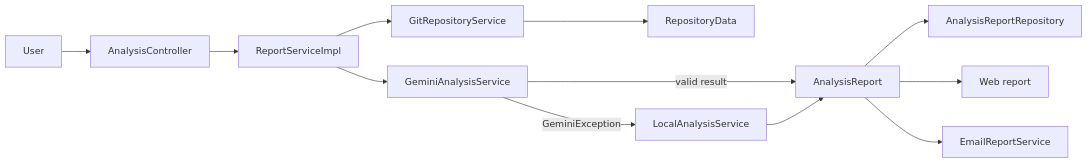
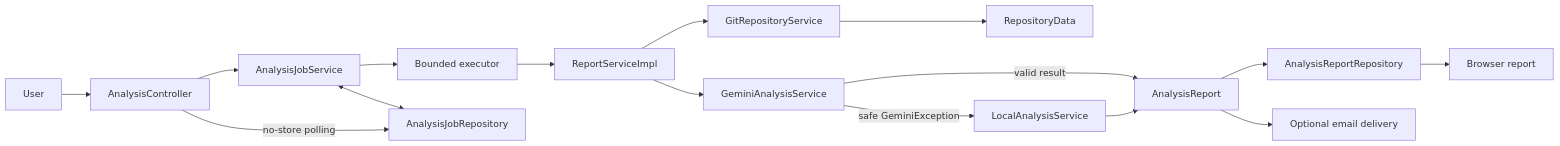
The first of 3 diagrams in docs/Architecture.md (AndrejT03/git-contribution-analyzer), drawn with Mermaid before and after one commit. The commit also changed other lines of this file and 29 other files, not shown here.

````diff
--- a/docs/Architecture.md
+++ b/docs/Architecture.md
@@ -7,14 +7,18 @@
 ```mermaid
 flowchart LR
     U["User"] --> C["AnalysisController"]
-    C --> R["ReportServiceImpl"]
+    C --> J["AnalysisJobService"]
+    J --> Q["Bounded executor"]
+    J <--> JR["AnalysisJobRepository"]
+    Q --> R["ReportServiceImpl"]
     R --> G["GitRepositoryService"]
     G --> D["RepositoryData"]
     R --> A["GeminiAnalysisService"]
     A -->|"valid result"| P["AnalysisReport"]
-    A -->|"GeminiException"| L["LocalAnalysisService"]
+    A -->|"safe GeminiException"| L["LocalAnalysisService"]
     L --> P
-    P --> S["AnalysisReportRepository"]
-    P --> W["Web report"]
-    P --> E["EmailReportService"]
+    P --> RR["AnalysisReportRepository"]
+    RR --> W["Browser report"]
+    P --> E["Optional email delivery"]
+    C -->|"no-store polling"| JR
 ```
````
